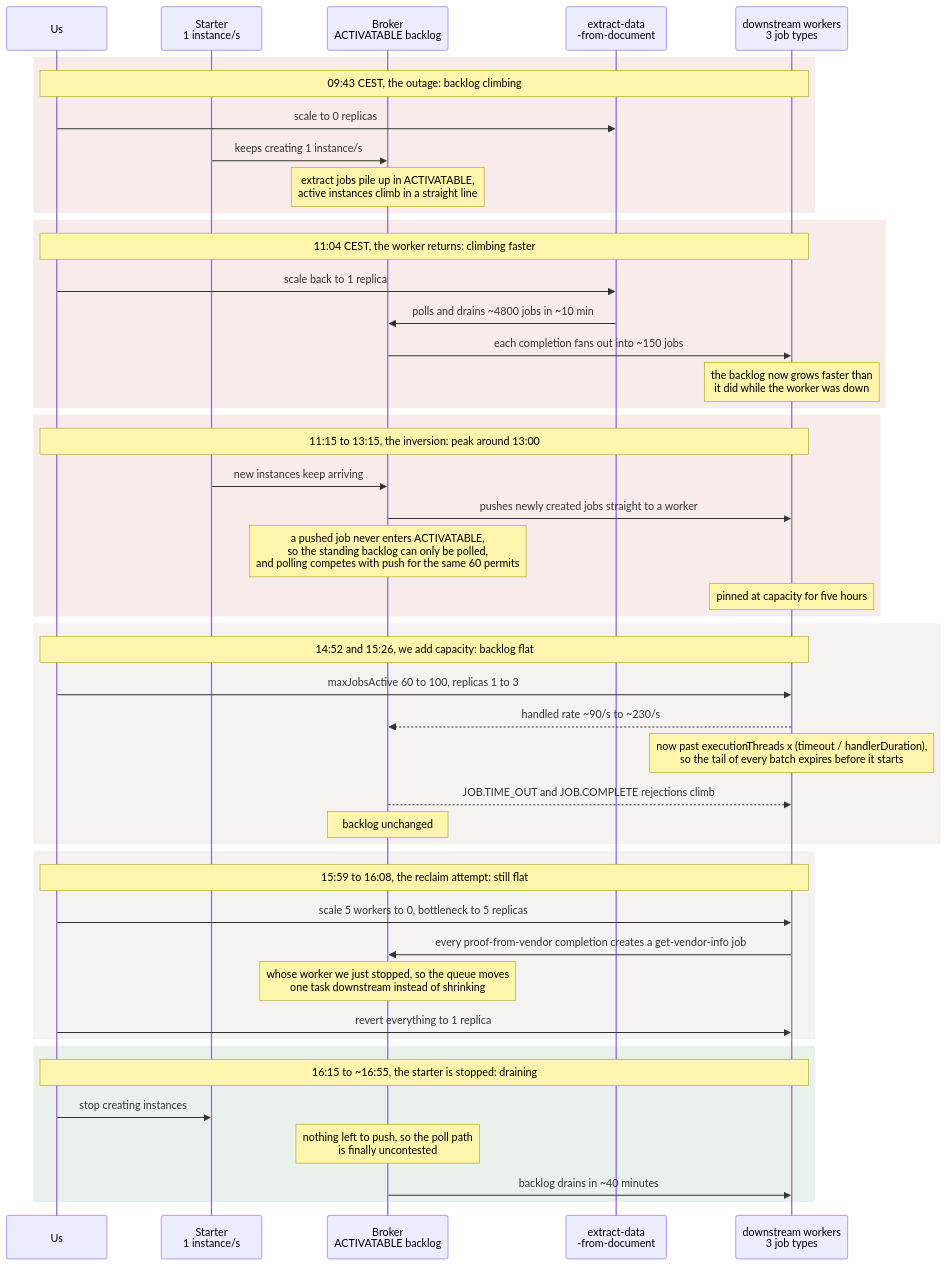
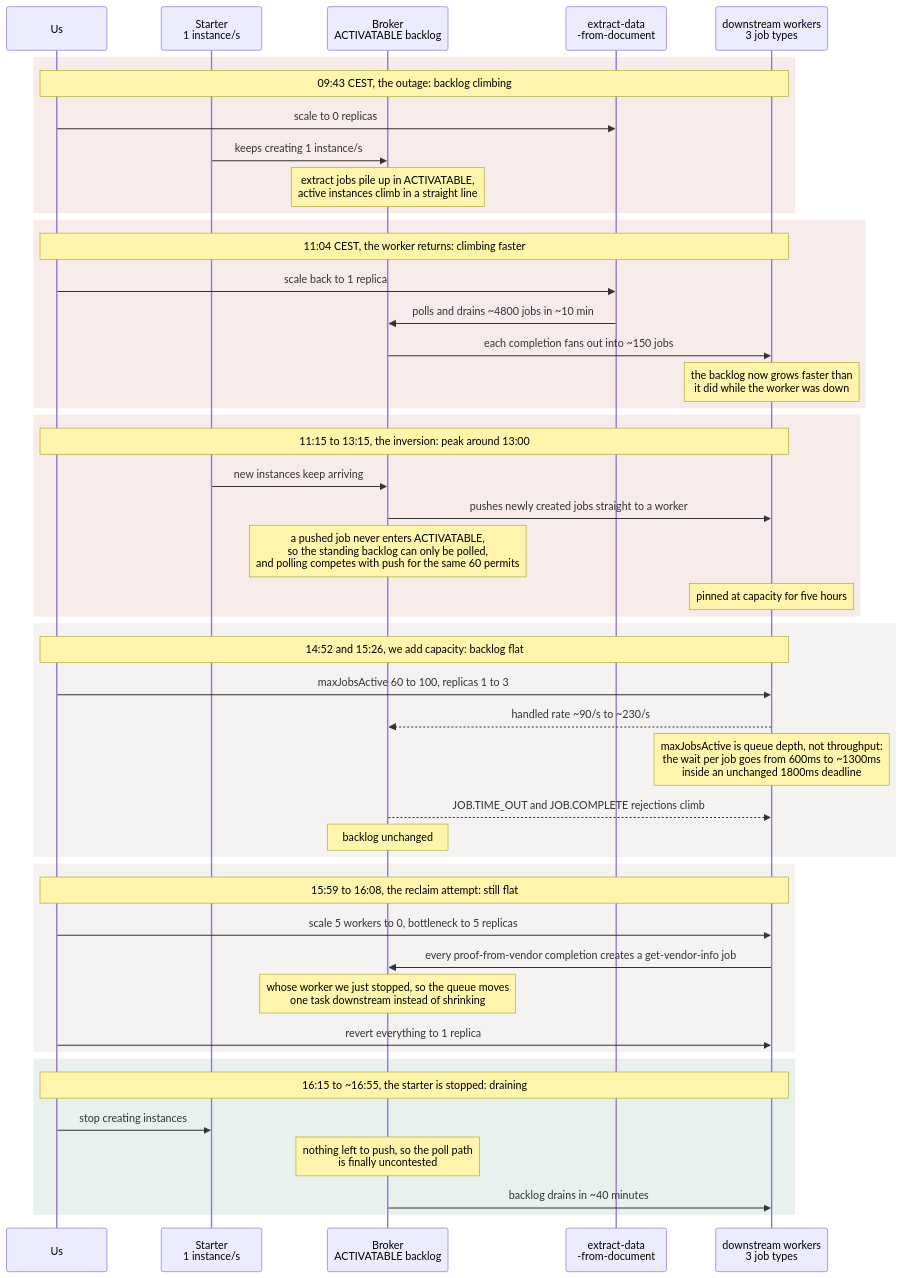
One commit to camunda/zeebe-chaos changed the second of 2 diagrams in chaos-days/blog/2026-08-06-worker-downtime-throughput-recovery/index.md. Above: the diagram before and after it, drawn with Mermaid. The commit also changed other lines of this file, not shown here.

````diff
--- a/chaos-days/blog/2026-08-06-worker-downtime-throughput-recovery/index.md
+++ b/chaos-days/blog/2026-08-06-worker-downtime-throughput-recovery/index.md
@@ -268,55 +270,55 @@
 ```mermaid
 sequenceDiagram
     participant U as Us
     participant St as Starter<br/>1 instance/s
     participant B as Broker<br/>ACTIVATABLE backlog
     participant E as extract-data<br/>-from-document
     participant D as downstream workers<br/>3 job types
 
     rect rgb(186, 72, 52, 0.10)
     Note over U,D: 09:43 CEST, the outage: backlog climbing
     U->>E: scale to 0 replicas
     St->>B: keeps creating 1 instance/s
     Note over B: extract jobs pile up in ACTIVATABLE,<br/>active instances climb in a straight line
     end
 
     rect rgb(186, 72, 52, 0.10)
     Note over U,D: 11:04 CEST, the worker returns: climbing faster
     U->>E: scale back to 1 replica
     E->>B: polls and drains ~4800 jobs in ~10 min
     B->>D: each completion fans out into ~150 jobs
     Note over D: the backlog now grows faster than<br/>it did while the worker was down
     end
 
     rect rgb(186, 72, 52, 0.10)
     Note over U,D: 11:15 to 13:15, the inversion: peak around 13:00
     St->>B: new instances keep arriving
     B->>D: pushes newly created jobs straight to a worker
     Note over B: a pushed job never enters ACTIVATABLE,<br/>so the standing backlog can only be polled,<br/>and polling competes with push for the same 60 permits
     Note over D: pinned at capacity for five hours
     end
 
     rect rgb(148, 142, 120, 0.10)
     Note over U,D: 14:52 and 15:26, we add capacity: backlog flat
     U->>D: maxJobsActive 60 to 100, replicas 1 to 3
     D-->>B: handled rate ~90/s to ~230/s
-    Note over D: now past executionThreads x (timeout / handlerDuration),<br/>so the tail of every batch expires before it starts
+    Note over D: maxJobsActive is queue depth, not throughput:<br/>the wait per job goes from 600ms to ~1300ms<br/>inside an unchanged 1800ms deadline
     B-->>D: JOB.TIME_OUT and JOB.COMPLETE rejections climb
     Note over B: backlog unchanged
     end
 
     rect rgb(148, 142, 120, 0.10)
     Note over U,D: 15:59 to 16:08, the reclaim attempt: still flat
     U->>D: scale 5 workers to 0, bottleneck to 5 replicas
     D->>B: every proof-from-vendor completion creates a get-vendor-info job
     Note over B: whose worker we just stopped, so the queue moves<br/>one task downstream instead of shrinking
     U->>D: revert everything to 1 replica
     end
 
     rect rgb(64, 140, 96, 0.12)
     Note over U,D: 16:15 to ~16:55, the starter is stopped: draining
     U->>St: stop creating instances
     Note over B: nothing left to push, so the poll path<br/>is finally uncontested
     B->>D: backlog drains in ~40 minutes
     end
 ```
````
